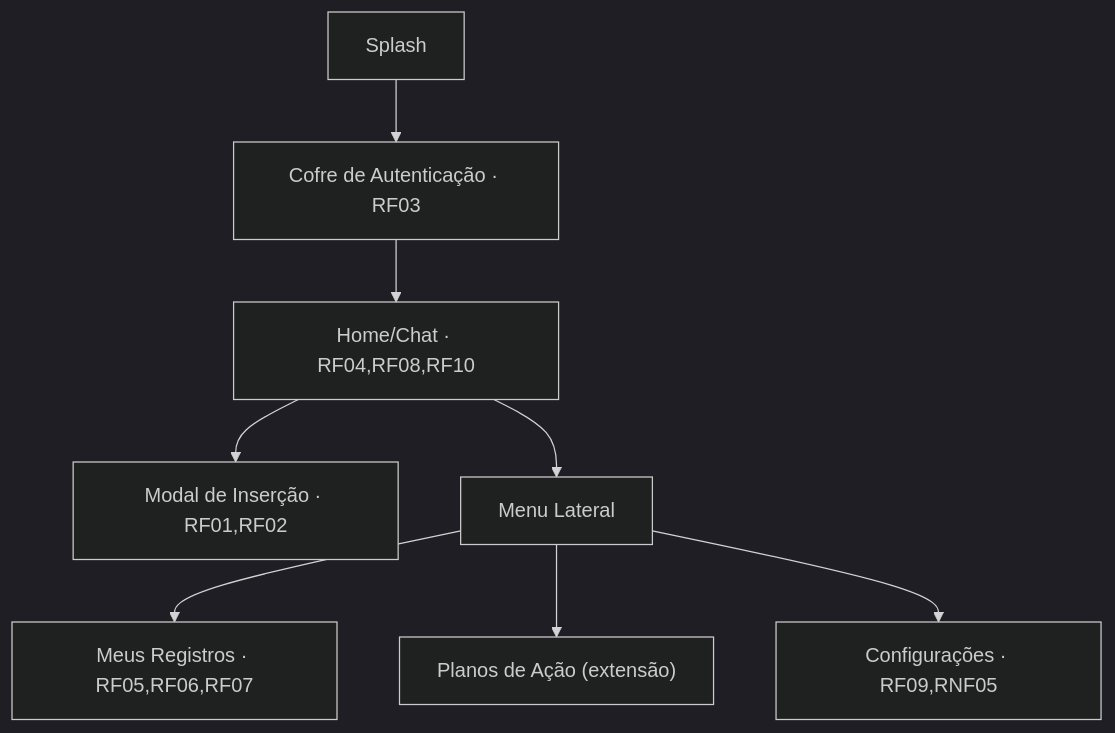
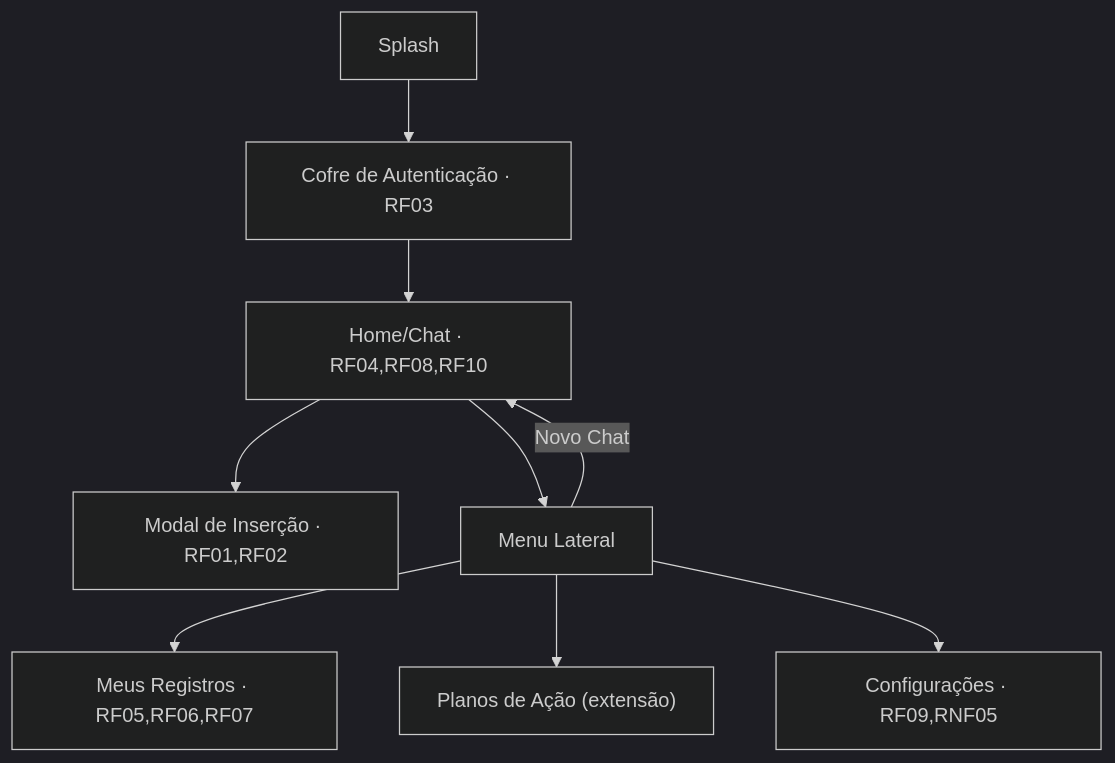
Before and after one commit to WagnerofDuarte/cerne-backend: the diagram in context/Contexto Geral.md, drawn with Mermaid (dark theme). The commit also changed other lines of this file and 3 other files, not shown here.

First line of the commit message:
docs: registrar decisão do botão "Novo Chat" no Menu Lateral

````diff
--- a/context/Contexto Geral.md
+++ b/context/Contexto Geral.md
@@ -123,9 +133,10 @@
 ```mermaid
 flowchart TD
     T0["Splash"] --> T01["Cofre de Autenticação · RF03"] --> T1["Home/Chat · RF04,RF08,RF10"]
     T1 --> T2["Modal de Inserção · RF01,RF02"]
     T1 --> T3["Menu Lateral"]
+    T3 -->|Novo Chat| T1
     T3 --> T4["Meus Registros · RF05,RF06,RF07"]
     T3 --> T5["Planos de Ação (extensão)"]
     T3 --> T6["Configurações · RF09,RNF05"]
 ```
````
